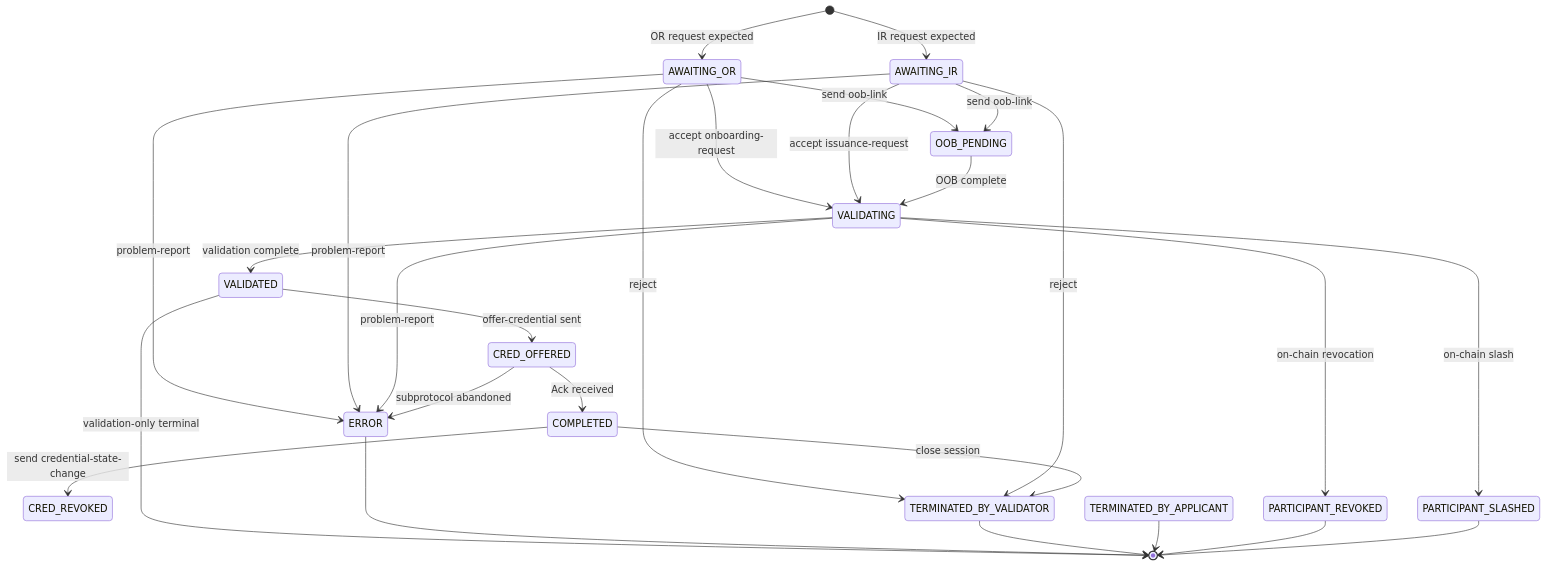
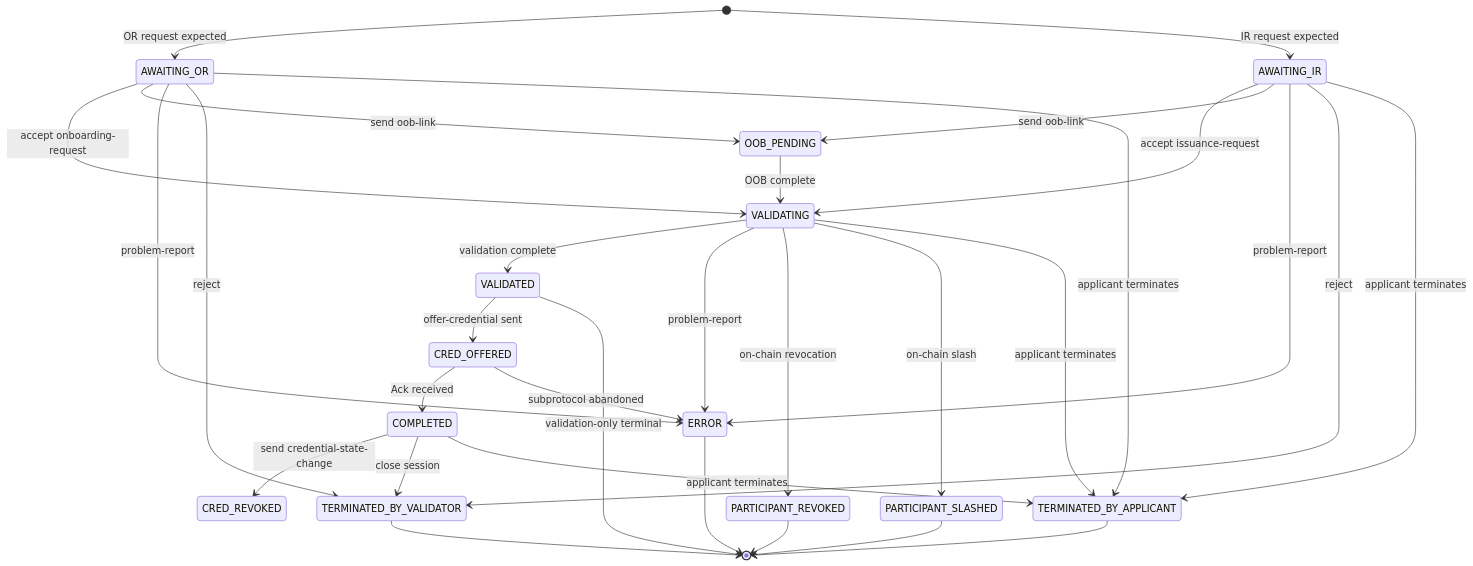
Before and after one commit to verana-labs/verana-spec: the third of 4 diagrams in v4/vt-flow-protocol/spec.md, drawn with Mermaid.

````diff
--- a/v4/vt-flow-protocol/spec.md
+++ b/v4/vt-flow-protocol/spec.md
@@ -501,32 +501,36 @@
 ```mermaid
 stateDiagram-v2
     direction TB
     [*] --> AWAITING_OR: OR request expected
     [*] --> AWAITING_IR: IR request expected
     AWAITING_OR --> VALIDATING: accept onboarding-request
     AWAITING_IR --> VALIDATING: accept issuance-request
     AWAITING_OR --> OOB_PENDING: send oob-link
     AWAITING_IR --> OOB_PENDING: send oob-link
     OOB_PENDING --> VALIDATING: OOB complete
     VALIDATING --> VALIDATED: validation complete
     VALIDATED --> CRED_OFFERED: offer-credential sent
     CRED_OFFERED --> COMPLETED: Ack received
 
     VALIDATED --> [*]: validation-only terminal
     COMPLETED --> CRED_REVOKED: send credential-state-change
 
     AWAITING_OR --> ERROR: problem-report
     AWAITING_IR --> ERROR: problem-report
     VALIDATING --> ERROR: problem-report
     CRED_OFFERED --> ERROR: subprotocol abandoned
     VALIDATING --> PARTICIPANT_REVOKED: on-chain revocation
     VALIDATING --> PARTICIPANT_SLASHED: on-chain slash
     AWAITING_OR --> TERMINATED_BY_VALIDATOR: reject
     AWAITING_IR --> TERMINATED_BY_VALIDATOR: reject
     COMPLETED --> TERMINATED_BY_VALIDATOR: close session
     ERROR --> [*]
     TERMINATED_BY_VALIDATOR --> [*]
+    AWAITING_OR --> TERMINATED_BY_APPLICANT: applicant terminates
+    AWAITING_IR --> TERMINATED_BY_APPLICANT: applicant terminates
+    VALIDATING --> TERMINATED_BY_APPLICANT: applicant terminates
+    COMPLETED --> TERMINATED_BY_APPLICANT: applicant terminates
     TERMINATED_BY_APPLICANT --> [*]
     PARTICIPANT_REVOKED --> [*]
     PARTICIPANT_SLASHED --> [*]
 ```
````
